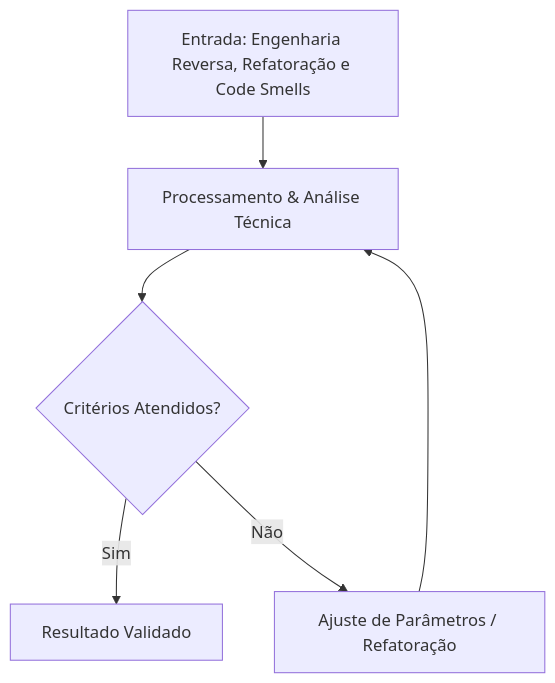
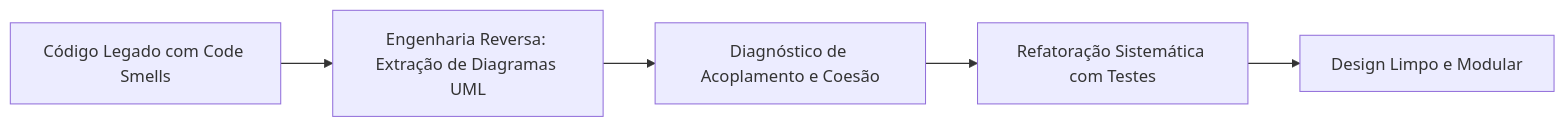
One commit to pedroiff0/page changed the diagram in content/pt-br/resource/Engenharia de Computação/6-periodo/analise-de-software-orientada-a-objetos/anotacoes/aula-13-engenharia-reversa-refatoracao-e-code-smells.md. Above: the diagram before and after it, drawn with Mermaid. The commit also changed other lines of this file and 826 other files, not shown here.

````diff
--- a/content/pt-br/resource/Engenharia de Computação/6-periodo/analise-de-software-orientada-a-objetos/anotacoes/aula-13-engenharia-reversa-refatoracao-e-code-smells.md
+++ b/content/pt-br/resource/Engenharia de Computação/6-periodo/analise-de-software-orientada-a-objetos/anotacoes/aula-13-engenharia-reversa-refatoracao-e-code-smells.md
@@ -74,8 +88,7 @@
 ```mermaid
-flowchart TD
-    A[Entrada: Engenharia Reversa, Refatoração e Code Smells] --> B[Processamento & Análise Técnica]
-    B --> C{Critérios Atendidos?}
-    C -- Sim --> D[Resultado Validado]
-    C -- Não --> E[Ajuste de Parâmetros / Refatoração]
-    E --> B
+flowchart LR
+    Legacy[Código Legado com Code Smells] --> Rev[Engenharia Reversa: Extração de Diagramas UML]
+    Rev --> Diag[Diagnóstico de Acoplamento e Coesão]
+    Diag --> Refactor[Refatoração Sistemática com Testes]
+    Refactor --> Clean[Design Limpo e Modular]
 ```
````
